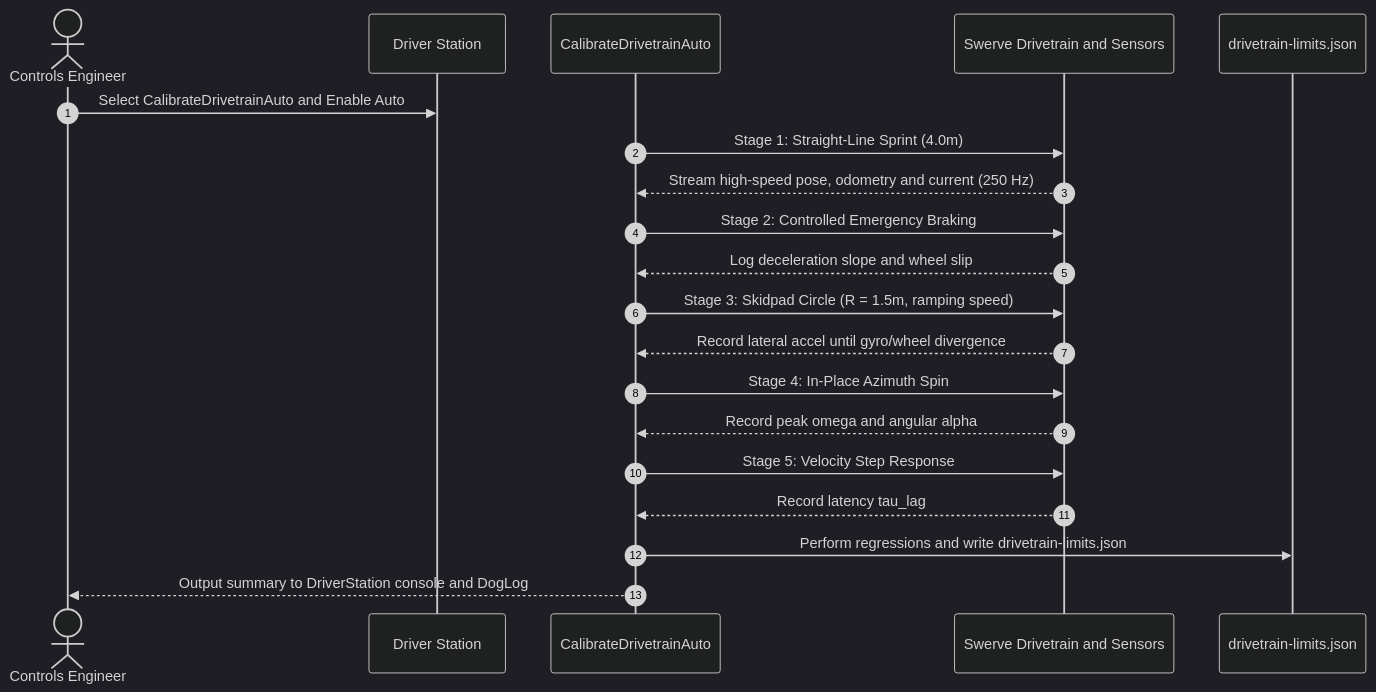
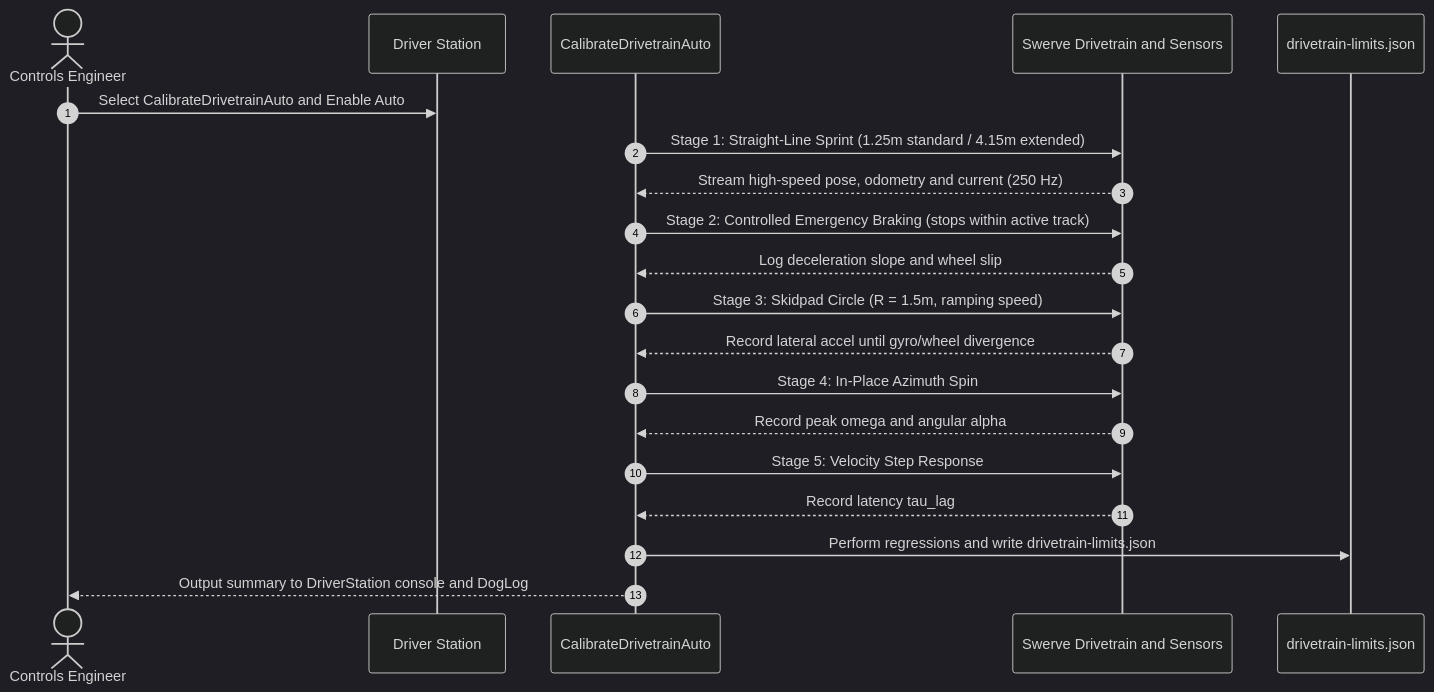
One commit to team581/offseason-2026 changed the diagram in shared/src/main/java/com/team581/trailblazer2/planning/07-empirical-calibration-routine.md. Above: the diagram before and after it, drawn with Mermaid (dark theme). The commit also changed other lines of this file and 6 other files, not shown here.

````diff
--- a/shared/src/main/java/com/team581/trailblazer2/planning/07-empirical-calibration-routine.md
+++ b/shared/src/main/java/com/team581/trailblazer2/planning/07-empirical-calibration-routine.md
@@ -44,23 +61,23 @@
 ```mermaid
 sequenceDiagram
     autonumber
     actor Tech as Controls Engineer
     participant DS as Driver Station
     participant Auto as CalibrateDrivetrainAuto
     participant HW as Swerve Drivetrain and Sensors
     participant Out as drivetrain-limits.json
 
     Tech->>DS: Select CalibrateDrivetrainAuto and Enable Auto
-    Auto->>HW: Stage 1: Straight-Line Sprint (4.0m)
+    Auto->>HW: Stage 1: Straight-Line Sprint (1.25m standard / 4.15m extended)
     HW-->>Auto: Stream high-speed pose, odometry and current (250 Hz)
-    Auto->>HW: Stage 2: Controlled Emergency Braking
+    Auto->>HW: Stage 2: Controlled Emergency Braking (stops within active track)
     HW-->>Auto: Log deceleration slope and wheel slip
     Auto->>HW: Stage 3: Skidpad Circle (R = 1.5m, ramping speed)
     HW-->>Auto: Record lateral accel until gyro/wheel divergence
     Auto->>HW: Stage 4: In-Place Azimuth Spin
     HW-->>Auto: Record peak omega and angular alpha
     Auto->>HW: Stage 5: Velocity Step Response
     HW-->>Auto: Record latency tau_lag
     Auto->>Out: Perform regressions and write drivetrain-limits.json
     Auto-->>Tech: Output summary to DriverStation console and DogLog
 ```
````
